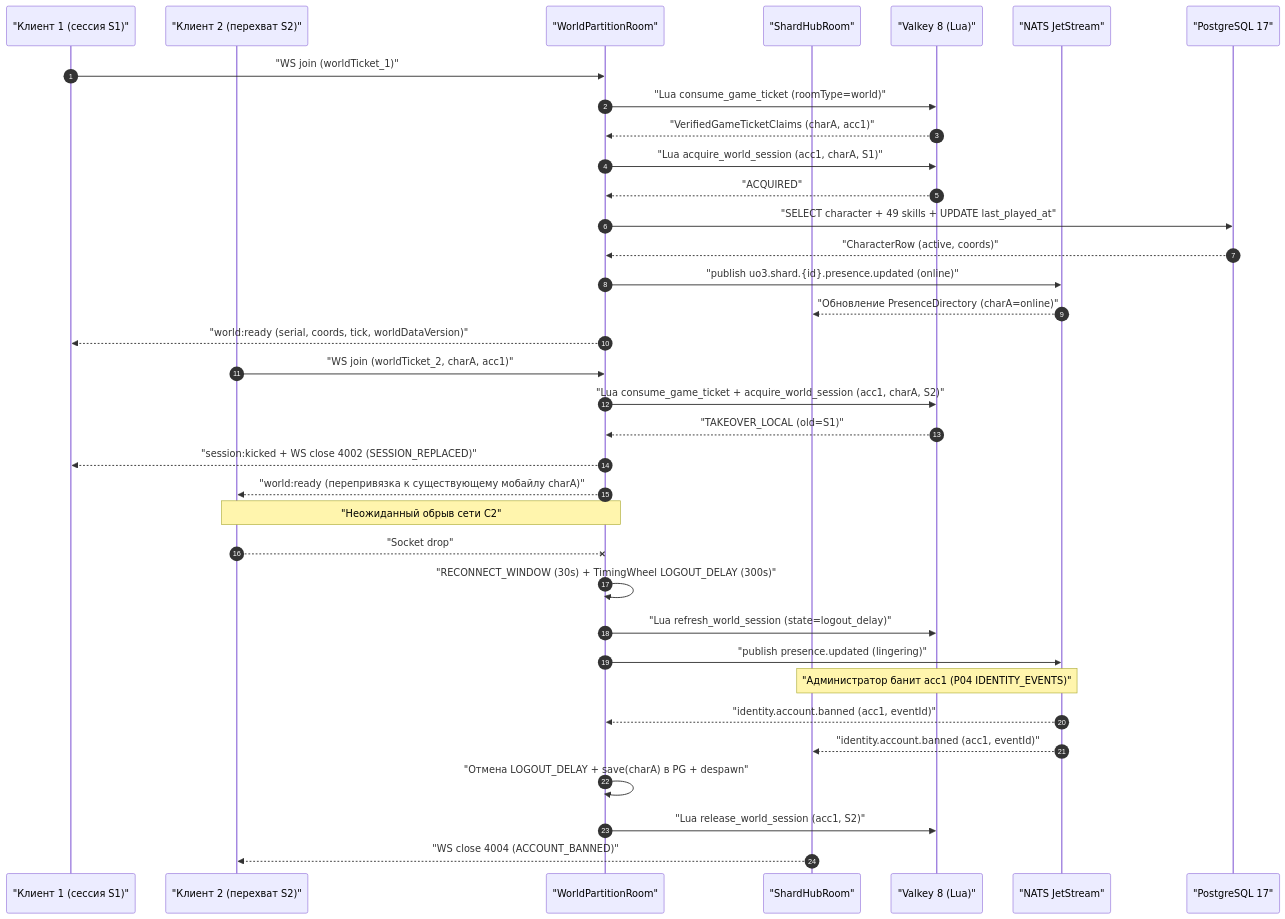
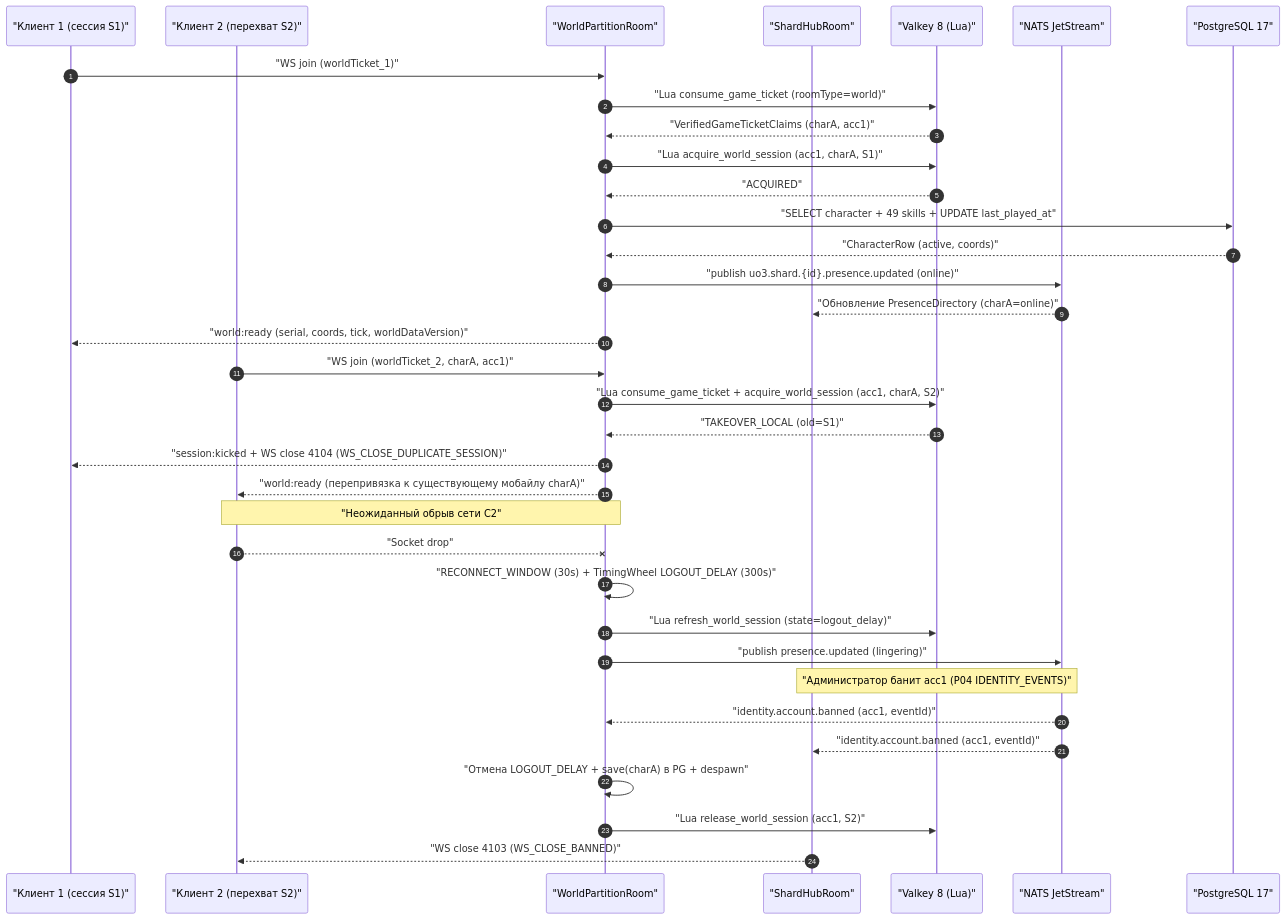
Before and after one commit to SergioAndreev/uo3: the third of 3 diagrams in openspec/changes/p06-game-server-runtime/design.md, drawn with Mermaid. The commit also changed other lines of this file and 188 other files, not shown here.

````diff
--- a/openspec/changes/p06-game-server-runtime/design.md
+++ b/openspec/changes/p06-game-server-runtime/design.md
@@ -210,41 +211,41 @@
 ```mermaid
 sequenceDiagram
   autonumber
   participant C1 as "Клиент 1 (сессия S1)"
   participant C2 as "Клиент 2 (перехват S2)"
   participant WPR as "WorldPartitionRoom"
   participant SHR as "ShardHubRoom"
   participant VK as "Valkey 8 (Lua)"
   participant NATS as "NATS JetStream"
   participant PG as "PostgreSQL 17"
 
   C1->>WPR: "WS join (worldTicket_1)"
   WPR->>VK: "Lua consume_game_ticket (roomType=world)"
   VK-->>WPR: "VerifiedGameTicketClaims (charA, acc1)"
   WPR->>VK: "Lua acquire_world_session (acc1, charA, S1)"
   VK-->>WPR: "ACQUIRED"
   WPR->>PG: "SELECT character + 49 skills + UPDATE last_played_at"
   PG-->>WPR: "CharacterRow (active, coords)"
   WPR->>NATS: "publish uo3.shard.{id}.presence.updated (online)"
   NATS-->>SHR: "Обновление PresenceDirectory (charA=online)"
   WPR-->>C1: "world:ready (serial, coords, tick, worldDataVersion)"
 
   C2->>WPR: "WS join (worldTicket_2, charA, acc1)"
   WPR->>VK: "Lua consume_game_ticket + acquire_world_session (acc1, charA, S2)"
   VK-->>WPR: "TAKEOVER_LOCAL (old=S1)"
-  WPR-->>C1: "session:kicked + WS close 4002 (SESSION_REPLACED)"
+  WPR-->>C1: "session:kicked + WS close 4104 (WS_CLOSE_DUPLICATE_SESSION)"
   WPR-->>C2: "world:ready (перепривязка к существующему мобайлу charA)"
 
   Note over C2,WPR: "Неожиданный обрыв сети C2"
   C2--xWPR: "Socket drop"
   WPR->>WPR: "RECONNECT_WINDOW (30s) + TimingWheel LOGOUT_DELAY (300s)"
   WPR->>VK: "Lua refresh_world_session (state=logout_delay)"
   WPR->>NATS: "publish presence.updated (lingering)"
 
   Note over NATS,SHR: "Администратор банит acc1 (P04 IDENTITY_EVENTS)"
   NATS-->>WPR: "identity.account.banned (acc1, eventId)"
   NATS-->>SHR: "identity.account.banned (acc1, eventId)"
   WPR->>WPR: "Отмена LOGOUT_DELAY + save(charA) в PG + despawn"
   WPR->>VK: "Lua release_world_session (acc1, S2)"
-  SHR-->>C2: "WS close 4004 (ACCOUNT_BANNED)"
+  SHR-->>C2: "WS close 4103 (WS_CLOSE_BANNED)"
 ```
````
